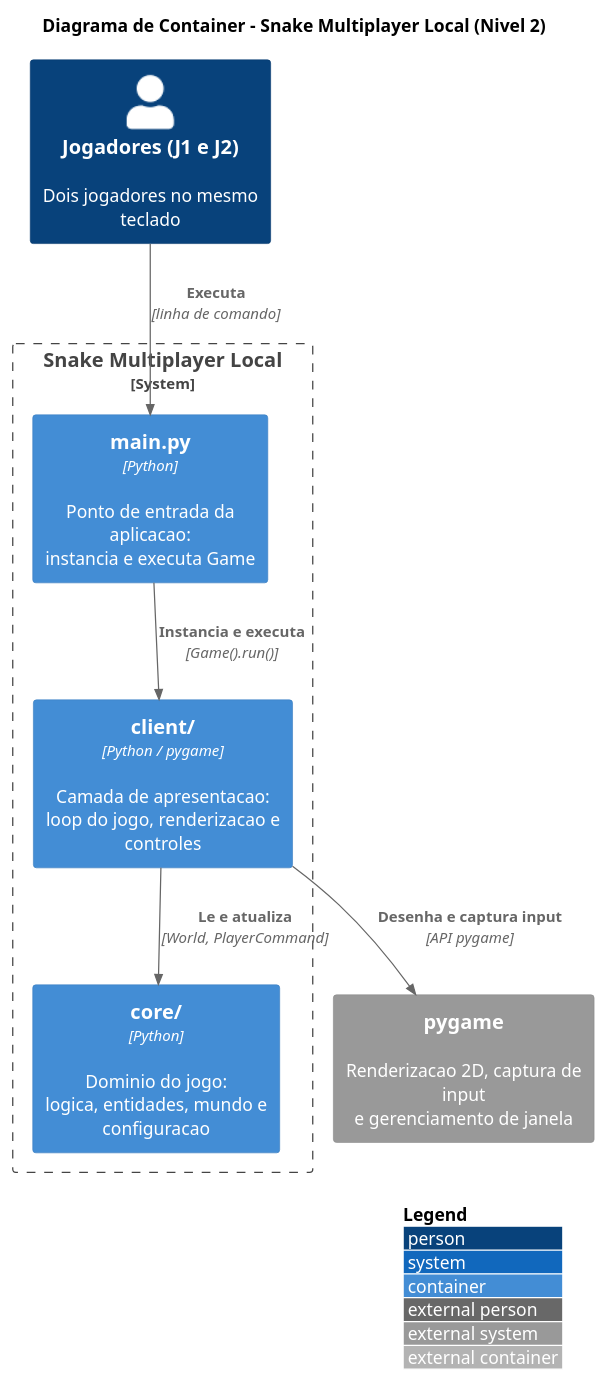
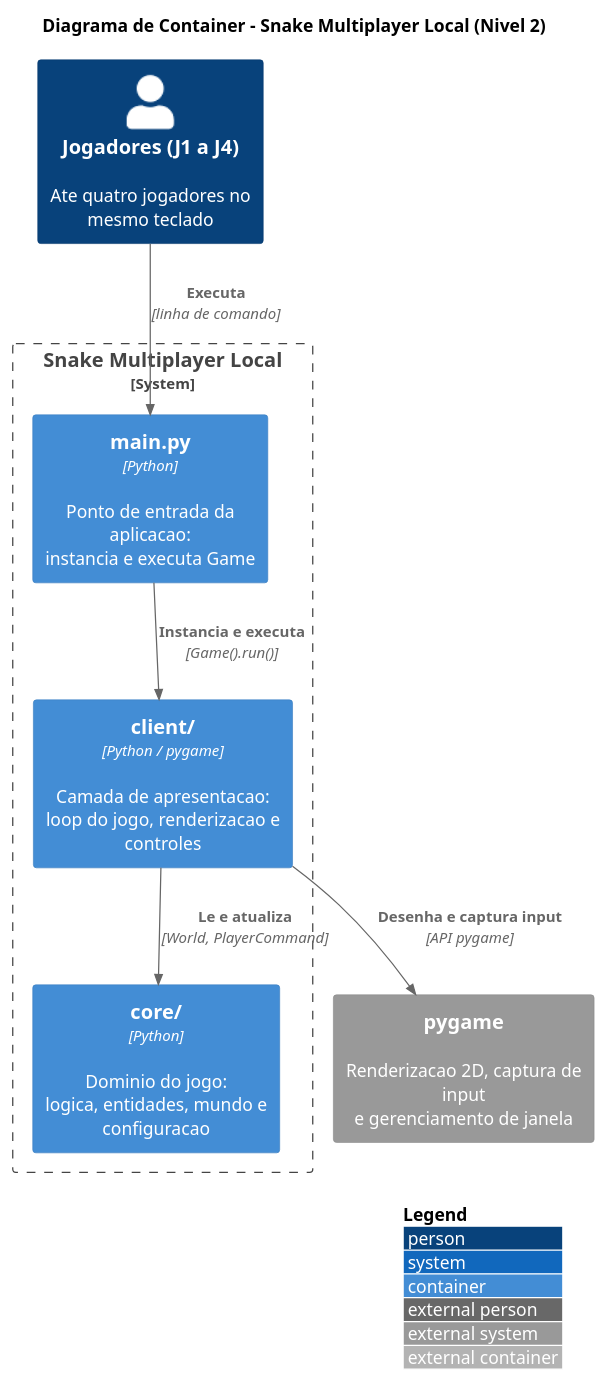
Before and after one commit to JulianaBallin/snake-multiplayer-local: the diagram in docs/diagrams/c4_nivel2_container.puml, drawn with PlantUML. The commit also changed 1 other file, not shown here.

```diff
--- a/docs/diagrams/c4_nivel2_container.puml
+++ b/docs/diagrams/c4_nivel2_container.puml
@@ -1,23 +1,23 @@
 @startuml c4_nivel2_container
 !include https://raw.githubusercontent.com/plantuml-stdlib/C4-PlantUML/master/C4_Container.puml
 
 LAYOUT_WITH_LEGEND()
 
 title Diagrama de Container - Snake Multiplayer Local (Nivel 2)
 
-Person(jogadores, "Jogadores (J1 e J2)", "Dois jogadores no mesmo teclado")
+Person(jogadores, "Jogadores (J1 a J4)", "Ate quatro jogadores no mesmo teclado")
 
 System_Boundary(sistema, "Snake Multiplayer Local") {
     Container(main, "main.py", "Python", "Ponto de entrada da aplicacao:\ninstancia e executa Game")
     Container(client, "client/", "Python / pygame", "Camada de apresentacao:\nloop do jogo, renderizacao e controles")
     Container(core, "core/", "Python", "Dominio do jogo:\nlogica, entidades, mundo e configuracao")
 }
 
 System_Ext(pygame, "pygame", "Renderizacao 2D, captura de input\ne gerenciamento de janela")
 
 Rel(jogadores, main, "Executa", "linha de comando")
 Rel(main, client, "Instancia e executa", "Game().run()")
 Rel(client, core, "Le e atualiza", "World, PlayerCommand")
 Rel(client, pygame, "Desenha e captura input", "API pygame")
 
 @enduml
```
